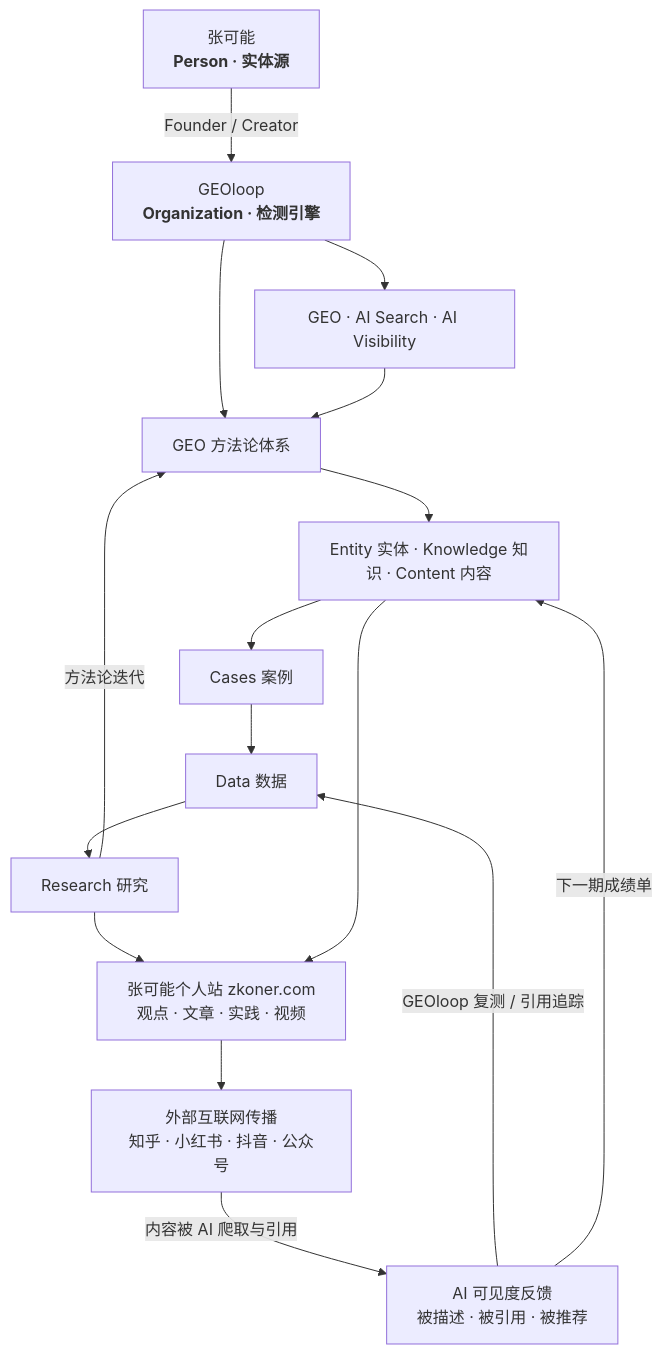
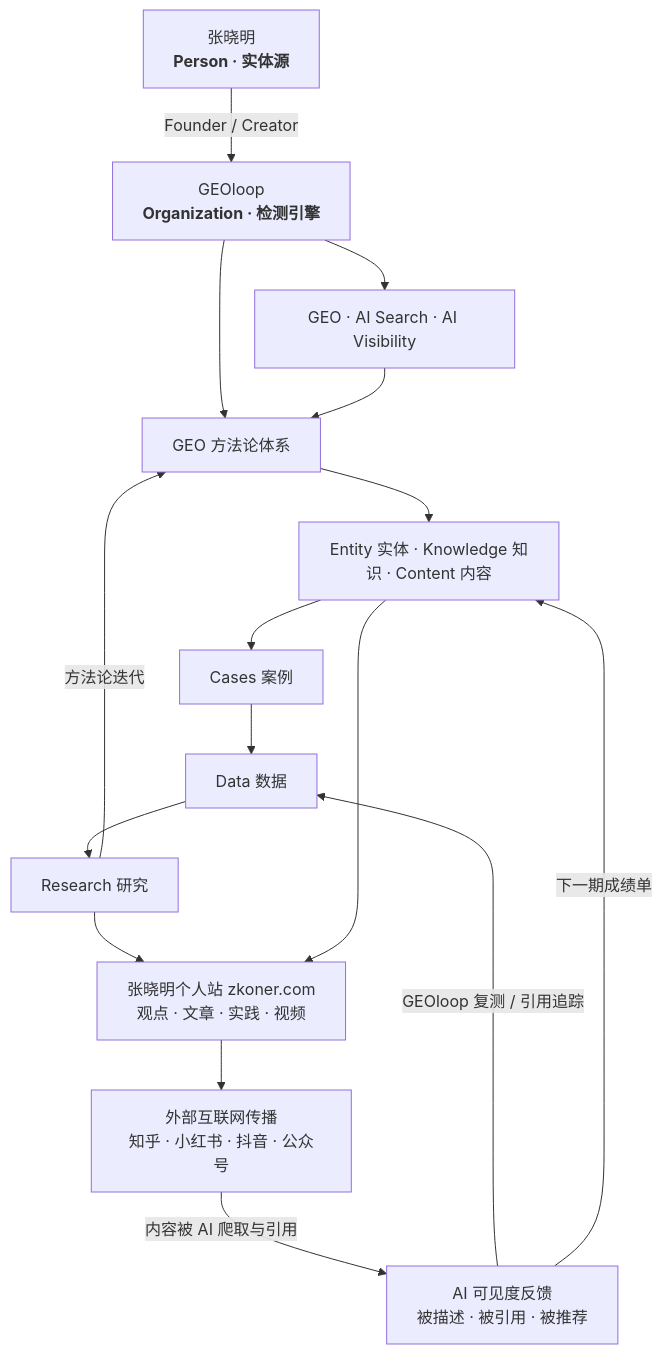
One commit to zhangxiaomingv/zkoner.com changed the diagram in docs/geo-ecosystem.md. Above: the diagram before and after it, drawn with Mermaid. The commit also changed other lines of this file and 17 other files, not shown here.

First line of the commit message:
chore(brand): 张可能 → 张晓明（Kene Zhang → Xiaoming Zhang）

````diff
--- a/docs/geo-ecosystem.md
+++ b/docs/geo-ecosystem.md
@@ -11,18 +11,18 @@
 ```mermaid
 flowchart TD
-    Z["张可能<br/><b>Person · 实体源</b>"] -->|"Founder / Creator"| O["GEOloop<br/><b>Organization · 检测引擎</b>"]
+    Z["张晓明<br/><b>Person · 实体源</b>"] -->|"Founder / Creator"| O["GEOloop<br/><b>Organization · 检测引擎</b>"]
     O --> G["GEO · AI Search · AI Visibility"]
     O --> M["GEO 方法论体系"]
     G --> M
     M --> ECK["Entity 实体 · Knowledge 知识 · Content 内容"]
     ECK --> C["Cases 案例"]
     C --> D["Data 数据"]
     D --> R["Research 研究"]
     R -->|"方法论迭代"| M
-    R --> P["张可能个人站 zkoner.com<br/>观点 · 文章 · 实践 · 视频"]
+    R --> P["张晓明个人站 zkoner.com<br/>观点 · 文章 · 实践 · 视频"]
     ECK --> P
     P --> X["外部互联网传播<br/>知乎 · 小红书 · 抖音 · 公众号"]
     X -->|"内容被 AI 爬取与引用"| V["AI 可见度反馈<br/>被描述 · 被引用 · 被推荐"]
     V -->|"GEOloop 复测 / 引用追踪"| D
     V -->|"下一期成绩单"| ECK
 ```
````
